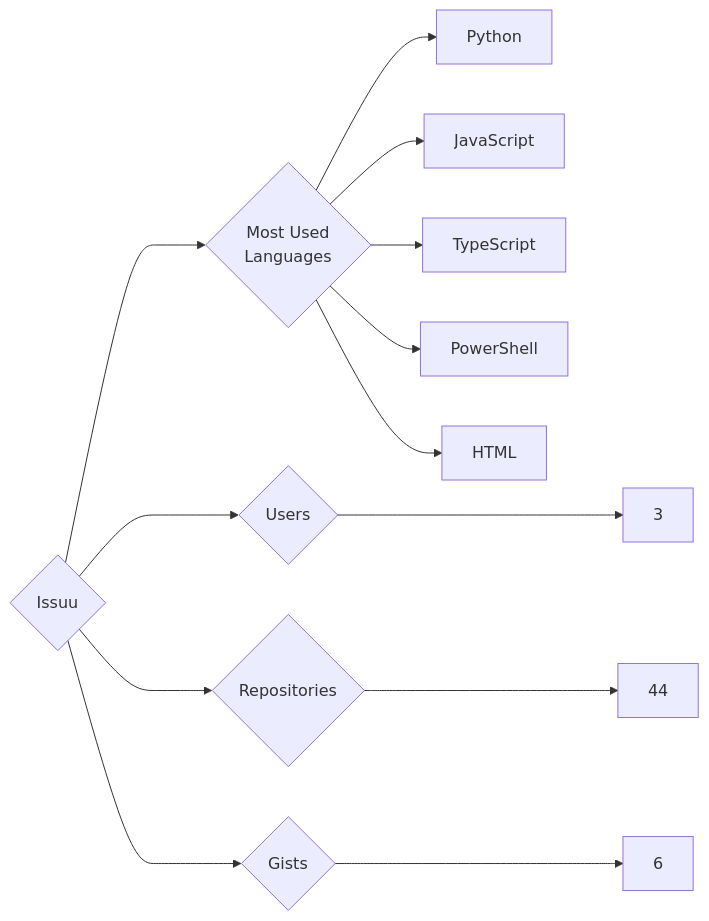
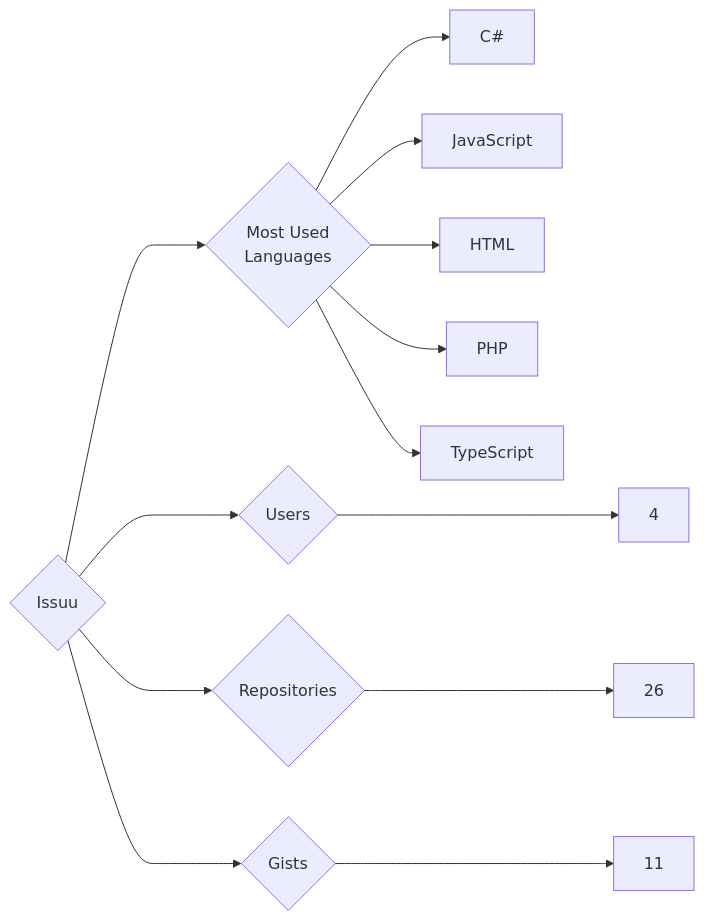
Before and after one commit to trickest/insiders: the diagram in targets/Issuu/README.md, drawn with Mermaid. The commit also changed 1036 other files, not shown here.

````diff
--- a/targets/Issuu/README.md
+++ b/targets/Issuu/README.md
@@ -3,13 +3,13 @@
 ```mermaid
 graph LR
 COMPANY_NAME{Issuu}
-COMPANY_NAME ---> U{Users} ---> UN[3]
-COMPANY_NAME ---> R{Repositories} ---> RN[44]
-COMPANY_NAME ---> G{Gists} ---> GN[6]
+COMPANY_NAME ---> U{Users} ---> UN[4]
+COMPANY_NAME ---> R{Repositories} ---> RN[26]
+COMPANY_NAME ---> G{Gists} ---> GN[11]
 COMPANY_NAME ---> ML{Most Used<br>Languages}
-ML --> Python[Python]
+ML --> C#[C#]
 ML --> JavaScript[JavaScript]
+ML --> HTML[HTML]
+ML --> PHP[PHP]
 ML --> TypeScript[TypeScript]
-ML --> PowerShell[PowerShell]
-ML --> HTML[HTML]
 ```
````
